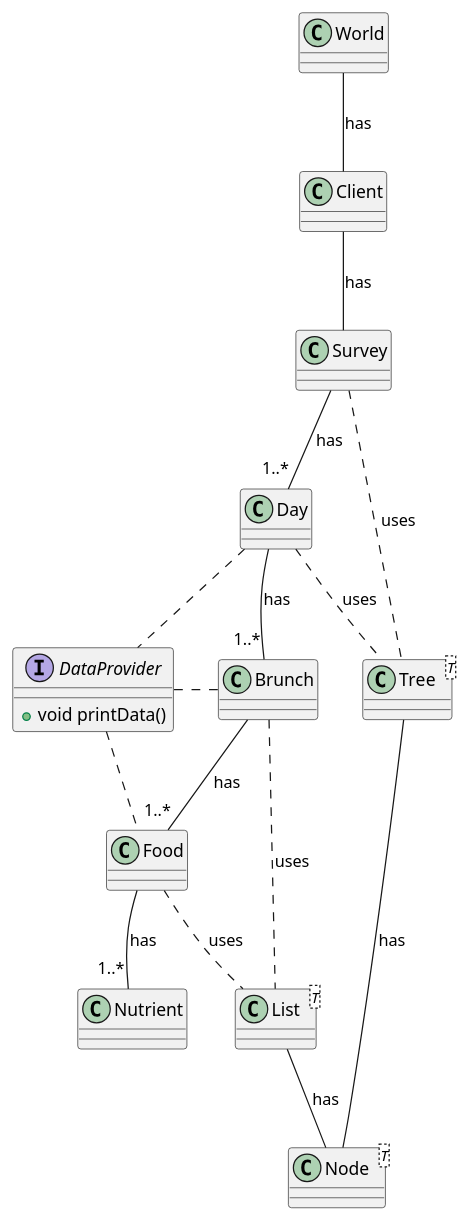
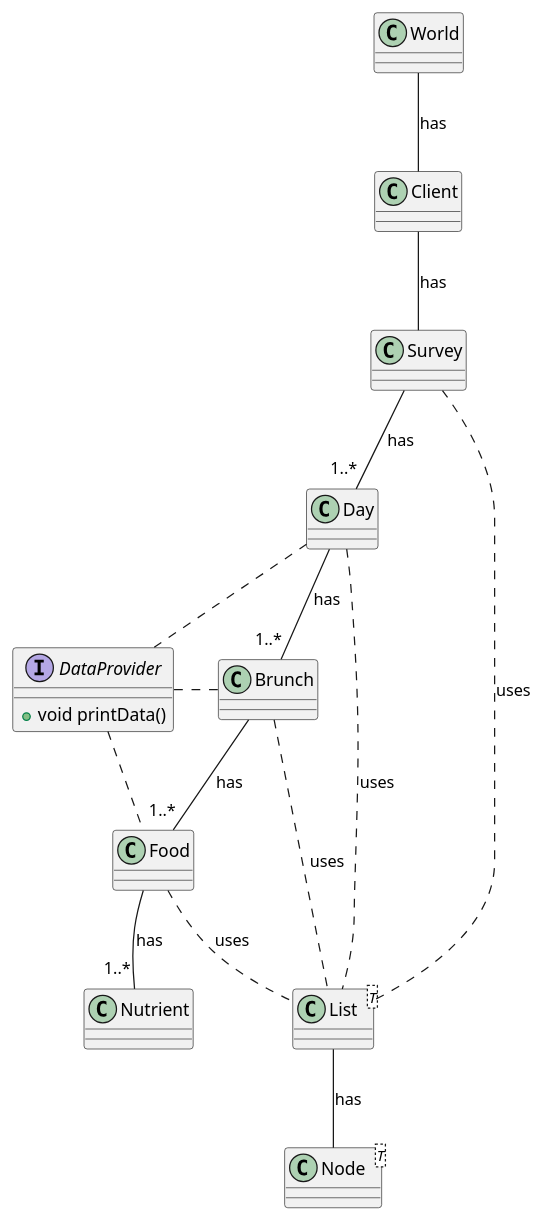
Before and after one commit to mmasias/23-24-eda1: the diagram in entregas/quiñonezJorge/modeloDeDominio/ClassDiagram.puml, drawn with PlantUML. The commit also changed 3 other files, not shown here.

Commit message:
actualizar-diagrama-clases-&-agregar-validacion-si-existe-el-elemento-en-clase-lista-&-actualizar-clase-Survey

```diff
--- a/entregas/quiñonezJorge/modeloDeDominio/ClassDiagram.puml
+++ b/entregas/quiñonezJorge/modeloDeDominio/ClassDiagram.puml
@@ -1,33 +1,33 @@
 @startuml class diagram
 
 interface DataProvider{
  + void printData()
 }
 class World{}
 class Client{}
 class Survey{}
 class Day{}
 class Brunch{}
 class Food{}
 class Nutrient{}
-class Tree<T>{}
+' class Tree<T>{}
 class Node<T>{}
 class List<T>{}
 
 
 World -- Client : has
 Client -- Survey : has
 Survey -- "1..*" Day : has
-Survey .. Tree : uses
-Day .. Tree : uses
+Survey .. List : uses
+Day .. List : uses
 Day -- "1..*" Brunch : has
 Day .. DataProvider
 Brunch .. List : uses
 Brunch -- "1..*" Food : has
 Brunch .left. DataProvider
 Food .. List : uses
 Food -- "1..*" Nutrient : has
 Food .left. DataProvider
-Tree -- Node : has
+' Tree -- Node : has
 List -- Node : has
 @enduml
```
